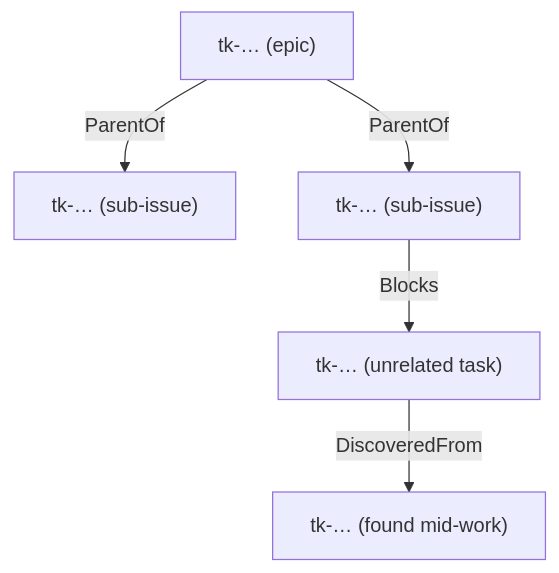
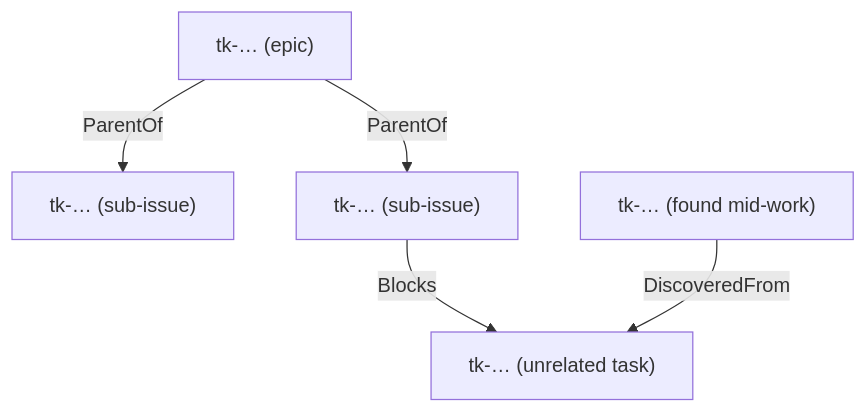
Before and after one commit to mitodl/agent-kit: the first of 3 diagrams in docs/concepts/graph.md, drawn with Mermaid. The commit also changed other lines of this file and 6 other files, not shown here.

````diff
--- a/docs/concepts/graph.md
+++ b/docs/concepts/graph.md
@@ -14,13 +14,13 @@
 ```mermaid
 flowchart TB
     EPIC["tk-… (epic)"]
     SUB1["tk-… (sub-issue)"]
     SUB2["tk-… (sub-issue)"]
     OTHER["tk-… (unrelated task)"]
     FOUND["tk-… (found mid-work)"]
 
     EPIC -->|ParentOf| SUB1
     EPIC -->|ParentOf| SUB2
     SUB2 -->|Blocks| OTHER
-    OTHER -->|DiscoveredFrom| FOUND
+    FOUND -->|DiscoveredFrom| OTHER
 ```
````
